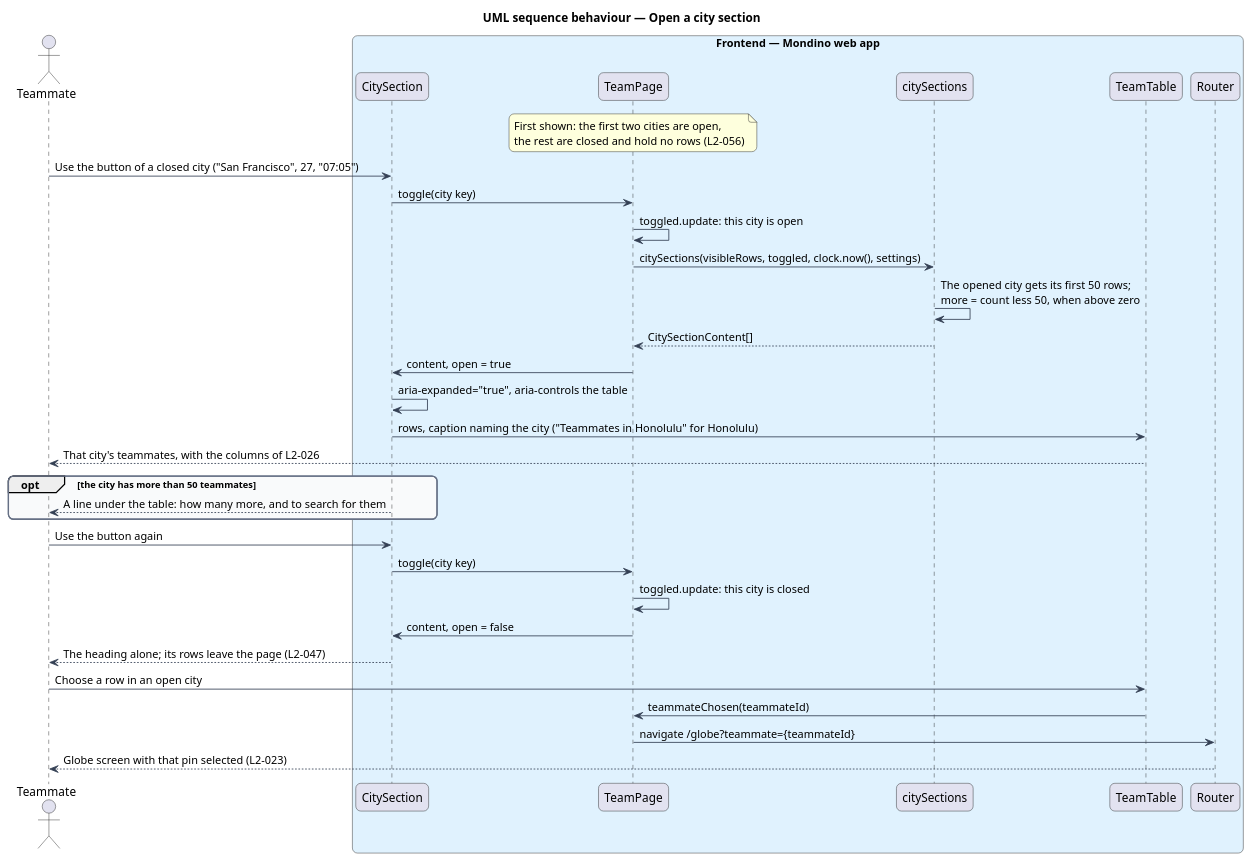
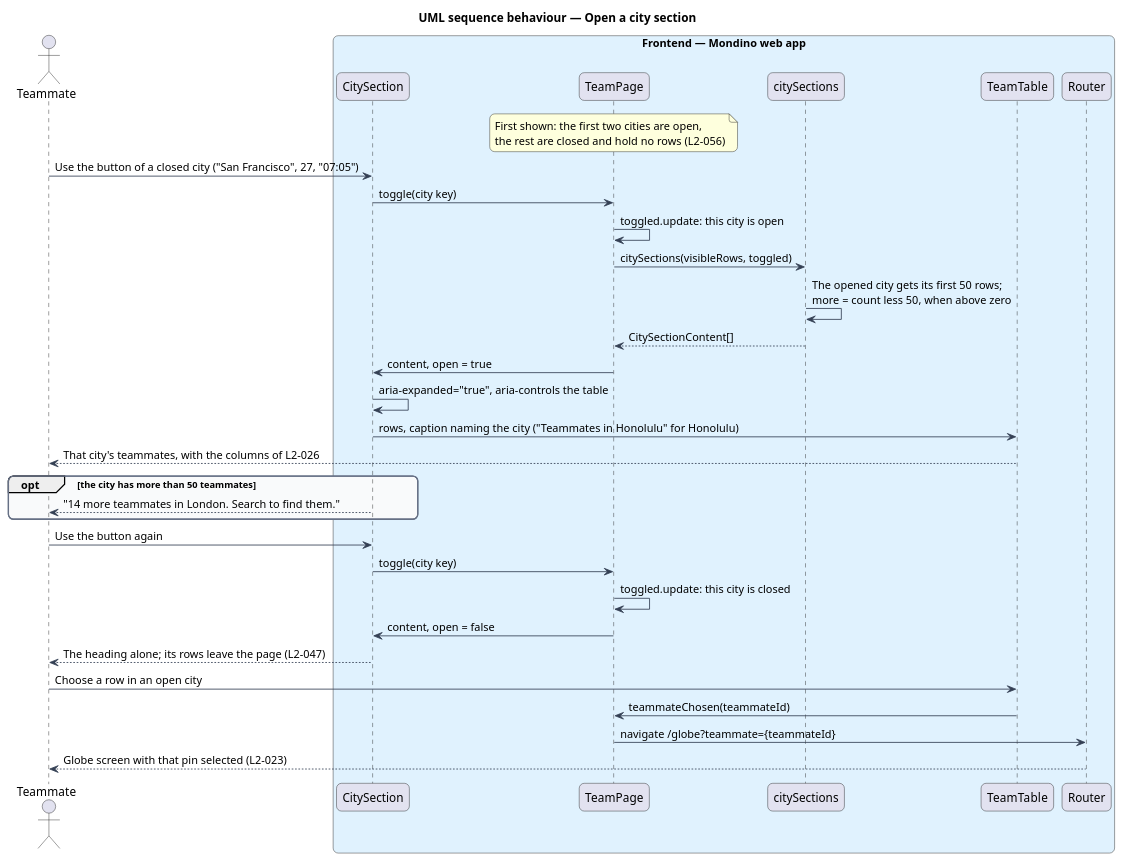
Before and after one commit to QuinntyneBrown/Mondino: the diagram in docs/detailed-designs/team/view-team-through-the-day/diagrams/sequence-open-city-section.puml, drawn with PlantUML. The commit also changed 17 other files, not shown here.

```diff
--- a/docs/detailed-designs/team/view-team-through-the-day/diagrams/sequence-open-city-section.puml
+++ b/docs/detailed-designs/team/view-team-through-the-day/diagrams/sequence-open-city-section.puml
@@ -1,48 +1,48 @@
 @startuml
 title UML sequence behaviour — Open a city section
 skinparam backgroundColor #FFFFFF
 skinparam shadowing false
 skinparam roundcorner 12
 skinparam defaultFontName Arial
 skinparam ArrowColor #344054
 skinparam rectangle {
   BorderColor #344054
   FontColor #101828
 }
 skinparam package {
   BorderColor #667085
   FontColor #101828
   BackgroundColor #F9FAFB
 }
 actor "Teammate" as actor
 box "Frontend — Mondino web app" #E0F2FE
   participant "CitySection" as city
   participant "TeamPage" as page
   participant "citySections" as sections
   participant "TeamTable" as table
   participant "Router" as router
 end box
 note over page : First shown: the first two cities are open,\nthe rest are closed and hold no rows (L2-056)
 actor -> city : Use the button of a closed city ("San Francisco", 27, "07:05")
 city -> page : toggle(city key)
 page -> page : toggled.update: this city is open
-page -> sections : citySections(visibleRows, toggled, clock.now(), settings)
+page -> sections : citySections(visibleRows, toggled)
 sections -> sections : The opened city gets its first 50 rows;\nmore = count less 50, when above zero
 sections --> page : CitySectionContent[]
 page -> city : content, open = true
 city -> city : aria-expanded="true", aria-controls the table
 city -> table : rows, caption naming the city ("Teammates in Honolulu" for Honolulu)
 table --> actor : That city's teammates, with the columns of L2-026
 opt the city has more than 50 teammates
-  city --> actor : A line under the table: how many more, and to search for them
+  city --> actor : "14 more teammates in London. Search to find them."
 end
 actor -> city : Use the button again
 city -> page : toggle(city key)
 page -> page : toggled.update: this city is closed
 page -> city : content, open = false
 city --> actor : The heading alone; its rows leave the page (L2-047)
 actor -> table : Choose a row in an open city
 table -> page : teammateChosen(teammateId)
 page -> router : navigate /globe?teammate={teammateId}
 router --> actor : Globe screen with that pin selected (L2-023)
 @enduml
```
